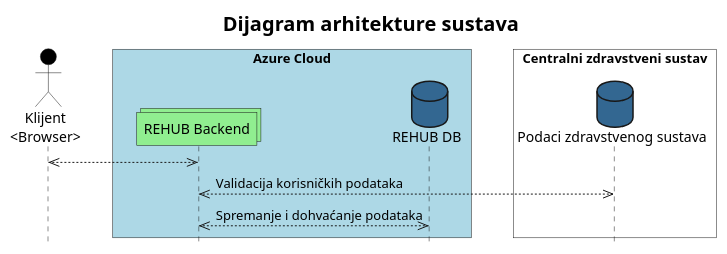
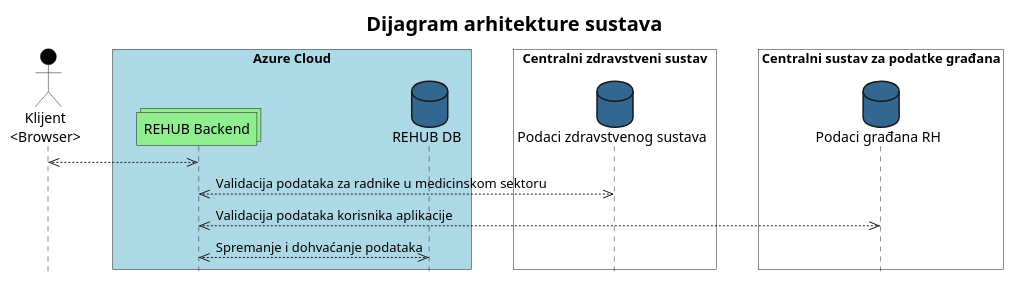
One commit to 7smurfs/rehub-documentation changed the diagram in diagrams/architecture_diagram.puml. Above: the diagram before and after it, drawn with PlantUML.

Commit message:
FIX: fix architecture diagram according to environment

```diff
--- a/diagrams/architecture_diagram.puml
+++ b/diagrams/architecture_diagram.puml
@@ -1,23 +1,28 @@
 @startuml
 title Dijagram arhitekture sustava
 
 skinparam TitleFontSize 20
 skinparam ParticipantPadding 20
 skinparam BoxPadding 20
 hide footbox
 
 actor "Klijent\n<Browser>" as client #000000
 
 box "Azure Cloud" #ADD8E6
   collections rehub_hub as "REHUB Backend" #90EE90
   database rehub_db as "REHUB DB" #336791
 end box
 
 box "Centralni zdravstveni sustav" #FFFFFF
   database patient_db as "Podaci zdravstvenog sustava" #336791
 end box
 
+box "Centralni sustav za podatke građana" #FFFFFF
+  database pii_db as "Podaci građana RH" #336791
+end box
+
 client <<-->> rehub_hub
-& rehub_hub <<-->> patient_db : Validacija korisničkih podataka
+& rehub_hub <<-->> patient_db : Validacija podataka za radnike u medicinskom sektoru
+& rehub_hub <<-->> pii_db : Validacija podataka korisnika aplikacije
 & rehub_hub <<-->> rehub_db : Spremanje i dohvaćanje podataka
 @enduml
```
